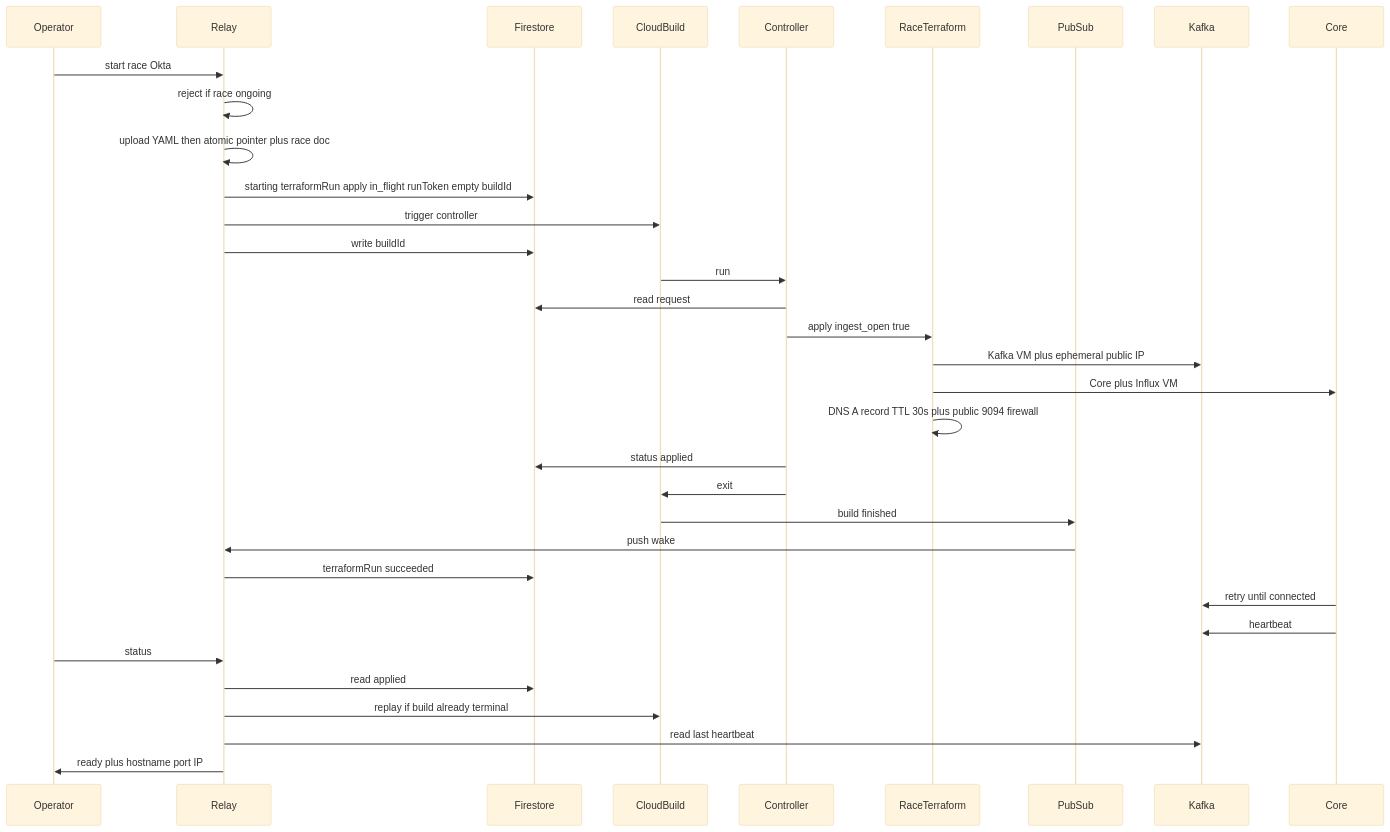
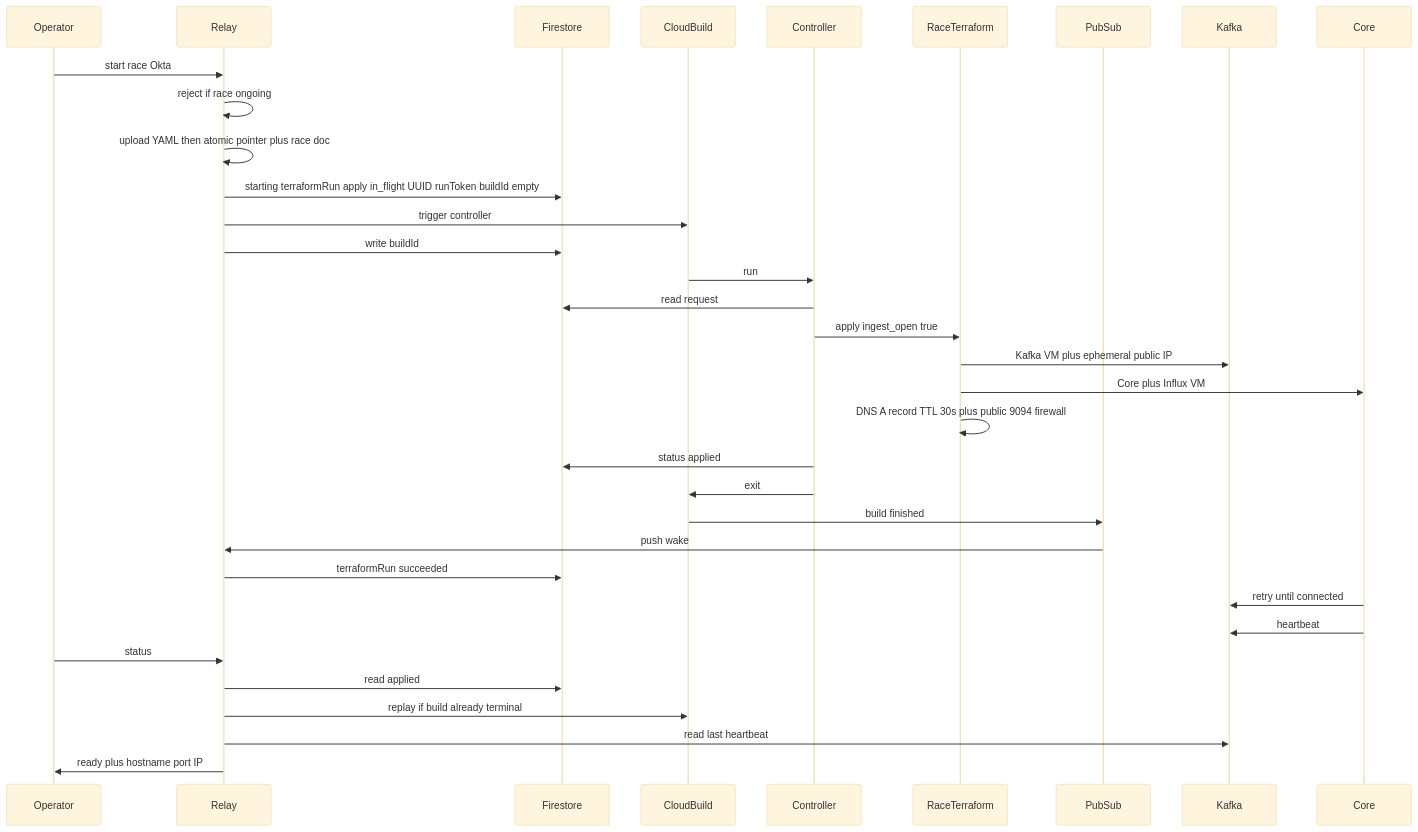
One commit to ChronoRacer/chronoracer changed the diagram in docs/flow-race_provisioning.md. Above: the diagram before and after it, drawn with Mermaid (base theme). The commit also changed 102 other files, not shown here.

````diff
--- a/docs/flow-race_provisioning.md
+++ b/docs/flow-race_provisioning.md
@@ -13,36 +13,36 @@
 ```mermaid
 sequenceDiagram
     participant Op as Operator
     participant Relay
     participant FS as Firestore
     participant CB as CloudBuild
     participant Ctrl as Controller
     participant TF as RaceTerraform
     participant PS as PubSub
     participant Kafka
     participant Core
     Op ->> Relay: start race Okta
     Relay ->> Relay: reject if race ongoing
     Relay ->> Relay: upload YAML then atomic pointer plus race doc
-    Relay ->> FS: starting terraformRun apply in_flight runToken empty buildId
+    Relay ->> FS: starting terraformRun apply in_flight UUID runToken buildId empty
     Relay ->> CB: trigger controller
     Relay ->> FS: write buildId
     CB ->> Ctrl: run
     Ctrl ->> FS: read request
     Ctrl ->> TF: apply ingest_open true
     TF ->> Kafka: Kafka VM plus ephemeral public IP
     TF ->> Core: Core plus Influx VM
     TF ->> TF: DNS A record TTL 30s plus public 9094 firewall
     Ctrl ->> FS: status applied
     Ctrl ->> CB: exit
     CB ->> PS: build finished
     PS ->> Relay: push wake
     Relay ->> FS: terraformRun succeeded
     Core ->> Kafka: retry until connected
     Core ->> Kafka: heartbeat
     Op ->> Relay: status
     Relay ->> FS: read applied
     Relay ->> CB: replay if build already terminal
     Relay ->> Kafka: read last heartbeat
     Relay ->> Op: ready plus hostname port IP
 ```
````
